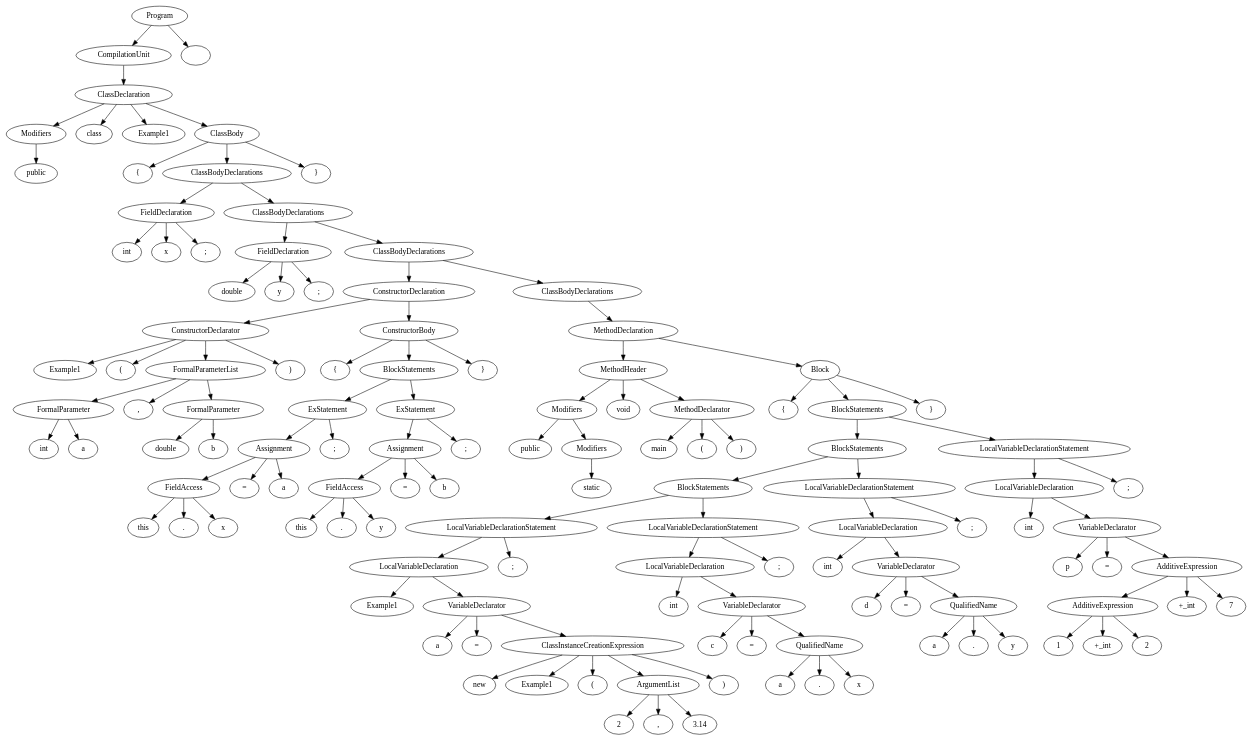
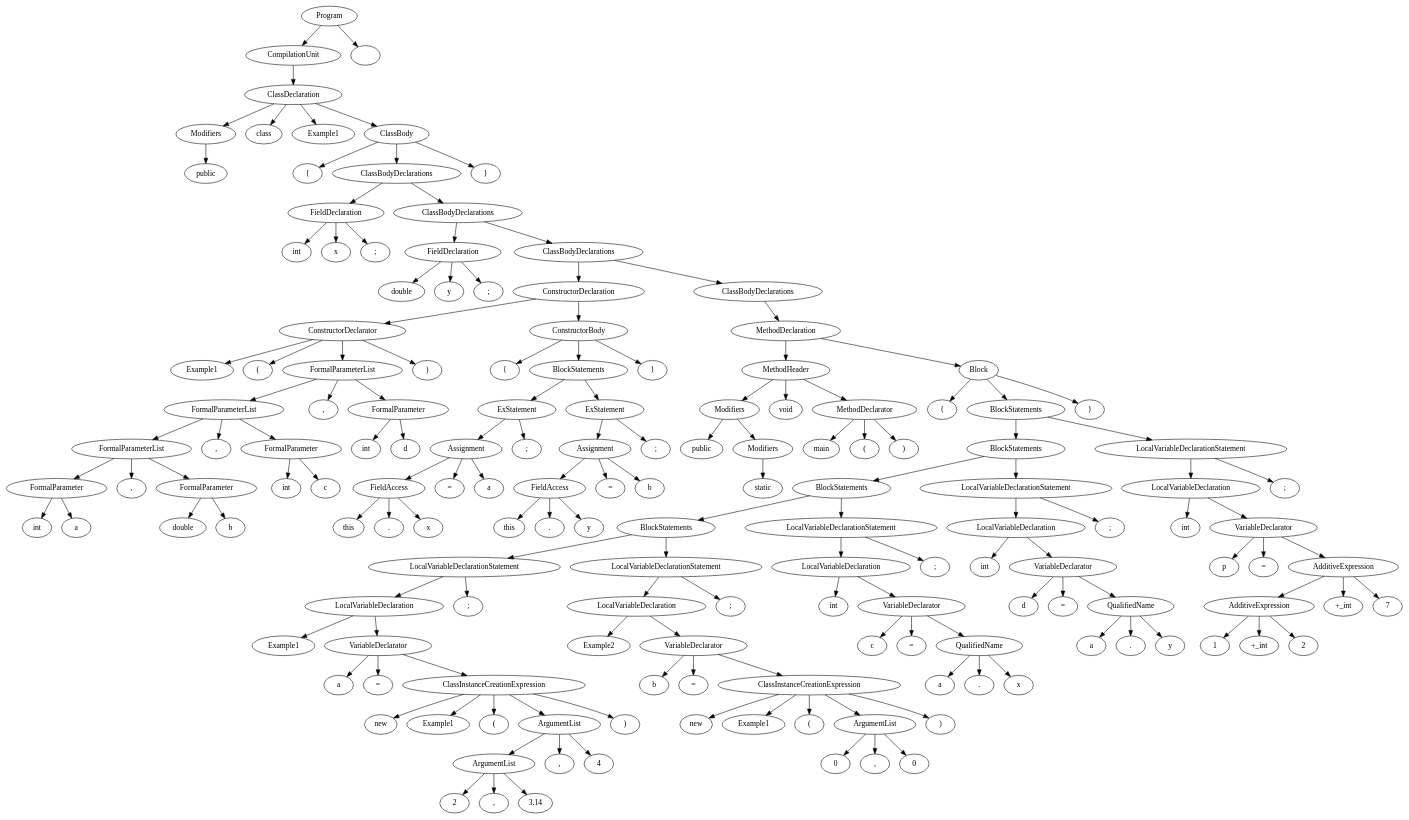
The diagram in cs335_project_200530/src/out.dot (sandeepb20/Milestone), drawn with Graphviz before and after one commit. The commit also changed 3 other files, not shown here.

```diff
--- a/cs335_project_200530/src/out.dot
+++ b/cs335_project_200530/src/out.dot
@@ -36,220 +36,280 @@
 n23->n22;
 n23->n19;
 n23->n18;
-n24 [label=")"]
-n25 [label="ConstructorDeclarator"]
-n25->n24;
-n25->n23;
-n25->n15;
-n25->n14;
-n26 [label="{"]
-n27 [label="this"]
-n28 [label="."]
-n29 [label="x"]
-n30 [label="FieldAccess"]
-n30->n29;
-n30->n28;
-n30->n27;
-n31 [label="="]
-n32 [label="a"]
-n33 [label="Assignment"]
+n24 [label=","]
+n25 [label="int"]
+n26 [label="c"]
+n27 [label="FormalParameter"]
+n27->n26;
+n27->n25;
+n28 [label="FormalParameterList"]
+n28->n27;
+n28->n24;
+n28->n23;
+n29 [label=","]
+n30 [label="int"]
+n31 [label="d"]
+n32 [label="FormalParameter"]
+n32->n31;
+n32->n30;
+n33 [label="FormalParameterList"]
 n33->n32;
-n33->n31;
-n33->n30;
-n34 [label=";"]
-n35 [label="ExStatement"]
+n33->n29;
+n33->n28;
+n34 [label=")"]
+n35 [label="ConstructorDeclarator"]
 n35->n34;
 n35->n33;
-n36 [label="this"]
-n37 [label="."]
-n38 [label="y"]
-n39 [label="FieldAccess"]
-n39->n38;
-n39->n37;
-n39->n36;
-n40 [label="="]
-n41 [label="b"]
-n42 [label="Assignment"]
-n42->n41;
-n42->n40;
-n42->n39;
-n43 [label=";"]
-n44 [label="ExStatement"]
-n44->n43;
-n44->n42;
-n45 [label="BlockStatements"]
+n35->n15;
+n35->n14;
+n36 [label="{"]
+n37 [label="this"]
+n38 [label="."]
+n39 [label="x"]
+n40 [label="FieldAccess"]
+n40->n39;
+n40->n38;
+n40->n37;
+n41 [label="="]
+n42 [label="a"]
+n43 [label="Assignment"]
+n43->n42;
+n43->n41;
+n43->n40;
+n44 [label=";"]
+n45 [label="ExStatement"]
 n45->n44;
-n45->n35;
-n46 [label="}"]
-n47 [label="ConstructorBody"]
-n47->n46;
-n47->n45;
-n47->n26;
-n48 [label="ConstructorDeclaration"]
-n48->n47;
-n48->n25;
-n49 [label="public"]
-n50 [label="static"]
-n51 [label="Modifiers"]
-n51->n50;
-n52 [label="Modifiers"]
+n45->n43;
+n46 [label="this"]
+n47 [label="."]
+n48 [label="y"]
+n49 [label="FieldAccess"]
+n49->n48;
+n49->n47;
+n49->n46;
+n50 [label="="]
+n51 [label="b"]
+n52 [label="Assignment"]
 n52->n51;
+n52->n50;
 n52->n49;
-n53 [label="void"]
-n54 [label="main"]
-n55 [label="("]
-n56 [label=")"]
-n57 [label="MethodDeclarator"]
+n53 [label=";"]
+n54 [label="ExStatement"]
+n54->n53;
+n54->n52;
+n55 [label="BlockStatements"]
+n55->n54;
+n55->n45;
+n56 [label="}"]
+n57 [label="ConstructorBody"]
 n57->n56;
 n57->n55;
-n57->n54;
-n58 [label="MethodHeader"]
+n57->n36;
+n58 [label="ConstructorDeclaration"]
 n58->n57;
-n58->n53;
-n58->n52;
-n59 [label="{"]
-n60 [label="Example1"]
-n61 [label="a"]
-n62 [label="="]
-n63 [label="new"]
-n64 [label="Example1"]
+n58->n35;
+n59 [label="public"]
+n60 [label="static"]
+n61 [label="Modifiers"]
+n61->n60;
+n62 [label="Modifiers"]
+n62->n61;
+n62->n59;
+n63 [label="void"]
+n64 [label="main"]
 n65 [label="("]
-n66 [label="2"]
-n67 [label=","]
-n68 [label="3.14"]
-n69 [label="ArgumentList"]
-n69->n68;
-n69->n67;
-n69->n66;
-n70 [label=")"]
-n71 [label="ClassInstanceCreationExpression"]
-n71->n70;
-n71->n69;
-n71->n65;
-n71->n64;
-n71->n63;
-n72 [label="VariableDeclarator"]
-n72->n71;
-n72->n62;
-n72->n61;
-n73 [label="LocalVariableDeclaration"]
-n73->n72;
-n73->n60;
-n74 [label=";"]
-n75 [label="LocalVariableDeclarationStatement"]
-n75->n74;
-n75->n73;
-n76 [label="int"]
-n77 [label="c"]
-n78 [label="="]
-n79 [label="a"]
-n80 [label="."]
-n81 [label="x"]
-n82 [label="QualifiedName"]
+n66 [label=")"]
+n67 [label="MethodDeclarator"]
+n67->n66;
+n67->n65;
+n67->n64;
+n68 [label="MethodHeader"]
+n68->n67;
+n68->n63;
+n68->n62;
+n69 [label="{"]
+n70 [label="Example1"]
+n71 [label="a"]
+n72 [label="="]
+n73 [label="new"]
+n74 [label="Example1"]
+n75 [label="("]
+n76 [label="2"]
+n77 [label=","]
+n78 [label="3.14"]
+n79 [label="ArgumentList"]
+n79->n78;
+n79->n77;
+n79->n76;
+n80 [label=","]
+n81 [label="4"]
+n82 [label="ArgumentList"]
 n82->n81;
 n82->n80;
 n82->n79;
-n83 [label="VariableDeclarator"]
-n83->n82;
-n83->n78;
-n83->n77;
-n84 [label="LocalVariableDeclaration"]
+n83 [label=")"]
+n84 [label="ClassInstanceCreationExpression"]
 n84->n83;
-n84->n76;
-n85 [label=";"]
-n86 [label="LocalVariableDeclarationStatement"]
+n84->n82;
+n84->n75;
+n84->n74;
+n84->n73;
+n85 [label="VariableDeclarator"]
+n85->n84;
+n85->n72;
+n85->n71;
+n86 [label="LocalVariableDeclaration"]
 n86->n85;
-n86->n84;
-n87 [label="BlockStatements"]
-n87->n86;
-n87->n75;
-n88 [label="int"]
-n89 [label="d"]
-n90 [label="="]
-n91 [label="a"]
-n92 [label="."]
-n93 [label="y"]
-n94 [label="QualifiedName"]
-n94->n93;
-n94->n92;
-n94->n91;
-n95 [label="VariableDeclarator"]
-n95->n94;
-n95->n90;
-n95->n89;
-n96 [label="LocalVariableDeclaration"]
-n96->n95;
-n96->n88;
-n97 [label=";"]
-n98 [label="LocalVariableDeclarationStatement"]
+n86->n70;
+n87 [label=";"]
+n88 [label="LocalVariableDeclarationStatement"]
+n88->n87;
+n88->n86;
+n89 [label="Example2"]
+n90 [label="b"]
+n91 [label="="]
+n92 [label="new"]
+n93 [label="Example1"]
+n94 [label="("]
+n95 [label="0"]
+n96 [label=","]
+n97 [label="0"]
+n98 [label="ArgumentList"]
 n98->n97;
 n98->n96;
-n99 [label="BlockStatements"]
-n99->n98;
-n99->n87;
-n100 [label="int"]
-n101 [label="p"]
-n102 [label="="]
-n103 [label="1"]
-n104 [label="+_int"]
-n105 [label="2"]
-n106 [label="AdditiveExpression"]
-n106->n105;
-n106->n104;
-n106->n103;
-n107 [label="+_int"]
-n108 [label="7"]
-n109 [label="AdditiveExpression"]
-n109->n108;
-n109->n107;
-n109->n106;
-n110 [label="VariableDeclarator"]
-n110->n109;
-n110->n102;
-n110->n101;
-n111 [label="LocalVariableDeclaration"]
-n111->n110;
-n111->n100;
-n112 [label=";"]
-n113 [label="LocalVariableDeclarationStatement"]
+n98->n95;
+n99 [label=")"]
+n100 [label="ClassInstanceCreationExpression"]
+n100->n99;
+n100->n98;
+n100->n94;
+n100->n93;
+n100->n92;
+n101 [label="VariableDeclarator"]
+n101->n100;
+n101->n91;
+n101->n90;
+n102 [label="LocalVariableDeclaration"]
+n102->n101;
+n102->n89;
+n103 [label=";"]
+n104 [label="LocalVariableDeclarationStatement"]
+n104->n103;
+n104->n102;
+n105 [label="BlockStatements"]
+n105->n104;
+n105->n88;
+n106 [label="int"]
+n107 [label="c"]
+n108 [label="="]
+n109 [label="a"]
+n110 [label="."]
+n111 [label="x"]
+n112 [label="QualifiedName"]
+n112->n111;
+n112->n110;
+n112->n109;
+n113 [label="VariableDeclarator"]
 n113->n112;
-n113->n111;
-n114 [label="BlockStatements"]
+n113->n108;
+n113->n107;
+n114 [label="LocalVariableDeclaration"]
 n114->n113;
-n114->n99;
-n115 [label="}"]
-n116 [label="Block"]
+n114->n106;
+n115 [label=";"]
+n116 [label="LocalVariableDeclarationStatement"]
 n116->n115;
 n116->n114;
-n116->n59;
-n117 [label="MethodDeclaration"]
+n117 [label="BlockStatements"]
 n117->n116;
-n117->n58;
-n118 [label="ClassBodyDeclarations"]
-n118->n117;
-n119 [label="ClassBodyDeclarations"]
-n119->n118;
-n119->n48;
-n120 [label="ClassBodyDeclarations"]
-n120->n119;
-n120->n13;
-n121 [label="ClassBodyDeclarations"]
-n121->n120;
-n121->n9;
-n122 [label="}"]
-n123 [label="ClassBody"]
-n123->n122;
-n123->n121;
-n123->n5;
-n124 [label="ClassDeclaration"]
+n117->n105;
+n118 [label="int"]
+n119 [label="d"]
+n120 [label="="]
+n121 [label="a"]
+n122 [label="."]
+n123 [label="y"]
+n124 [label="QualifiedName"]
 n124->n123;
-n124->n4;
-n124->n3;
-n124->n2;
-n125 [label="CompilationUnit"]
+n124->n122;
+n124->n121;
+n125 [label="VariableDeclarator"]
 n125->n124;
-n126 [label="Program"]
-n126->n127;
+n125->n120;
+n125->n119;
+n126 [label="LocalVariableDeclaration"]
 n126->n125;
-n127 [label=""]
+n126->n118;
+n127 [label=";"]
+n128 [label="LocalVariableDeclarationStatement"]
+n128->n127;
+n128->n126;
+n129 [label="BlockStatements"]
+n129->n128;
+n129->n117;
+n130 [label="int"]
+n131 [label="p"]
+n132 [label="="]
+n133 [label="1"]
+n134 [label="+_int"]
+n135 [label="2"]
+n136 [label="AdditiveExpression"]
+n136->n135;
+n136->n134;
+n136->n133;
+n137 [label="+_int"]
+n138 [label="7"]
+n139 [label="AdditiveExpression"]
+n139->n138;
+n139->n137;
+n139->n136;
+n140 [label="VariableDeclarator"]
+n140->n139;
+n140->n132;
+n140->n131;
+n141 [label="LocalVariableDeclaration"]
+n141->n140;
+n141->n130;
+n142 [label=";"]
+n143 [label="LocalVariableDeclarationStatement"]
+n143->n142;
+n143->n141;
+n144 [label="BlockStatements"]
+n144->n143;
+n144->n129;
+n145 [label="}"]
+n146 [label="Block"]
+n146->n145;
+n146->n144;
+n146->n69;
+n147 [label="MethodDeclaration"]
+n147->n146;
+n147->n68;
+n148 [label="ClassBodyDeclarations"]
+n148->n147;
+n149 [label="ClassBodyDeclarations"]
+n149->n148;
+n149->n58;
+n150 [label="ClassBodyDeclarations"]
+n150->n149;
+n150->n13;
+n151 [label="ClassBodyDeclarations"]
+n151->n150;
+n151->n9;
+n152 [label="}"]
+n153 [label="ClassBody"]
+n153->n152;
+n153->n151;
+n153->n5;
+n154 [label="ClassDeclaration"]
+n154->n153;
+n154->n4;
+n154->n3;
+n154->n2;
+n155 [label="CompilationUnit"]
+n155->n154;
+n156 [label="Program"]
+n156->n157;
+n156->n155;
+n157 [label=""]
 }
```
